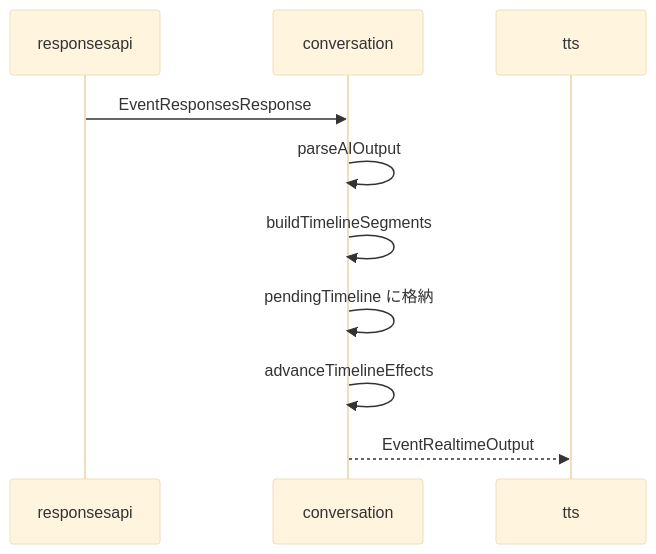
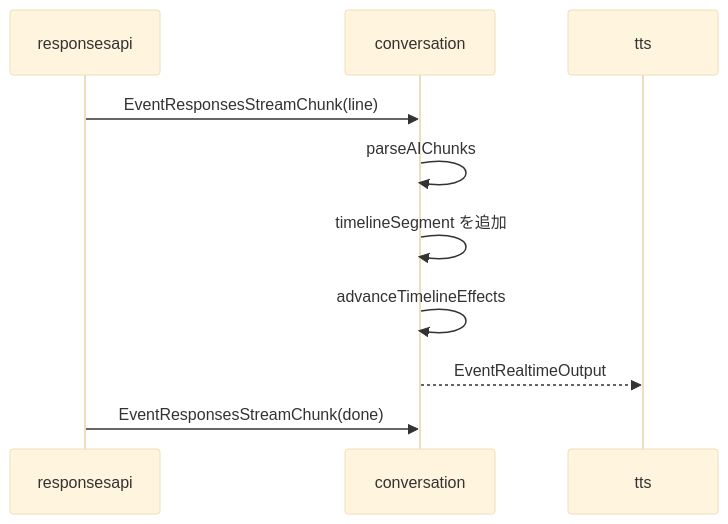
One commit to tetetratra/smart-speaker changed the second of 3 diagrams in docs/会話オーケストレーション.md. Above: the diagram before and after it, drawn with Mermaid (base theme). The commit also changed other lines of this file and 10 other files, not shown here.

````diff
--- a/docs/会話オーケストレーション.md
+++ b/docs/会話オーケストレーション.md
@@ -79,13 +89,13 @@
 ```mermaid
 sequenceDiagram
 	participant R as responsesapi
 	participant C as conversation
 	participant T as tts
 
-	R->>C: EventResponsesResponse
-	C->>C: parseAIOutput
-	C->>C: buildTimelineSegments
-	C->>C: pendingTimeline に格納
+	R->>C: EventResponsesStreamChunk(line)
+	C->>C: parseAIChunks
+	C->>C: timelineSegment を追加
 	C->>C: advanceTimelineEffects
 	C-->>T: EventRealtimeOutput
+	R->>C: EventResponsesStreamChunk(done)
 ```
````
